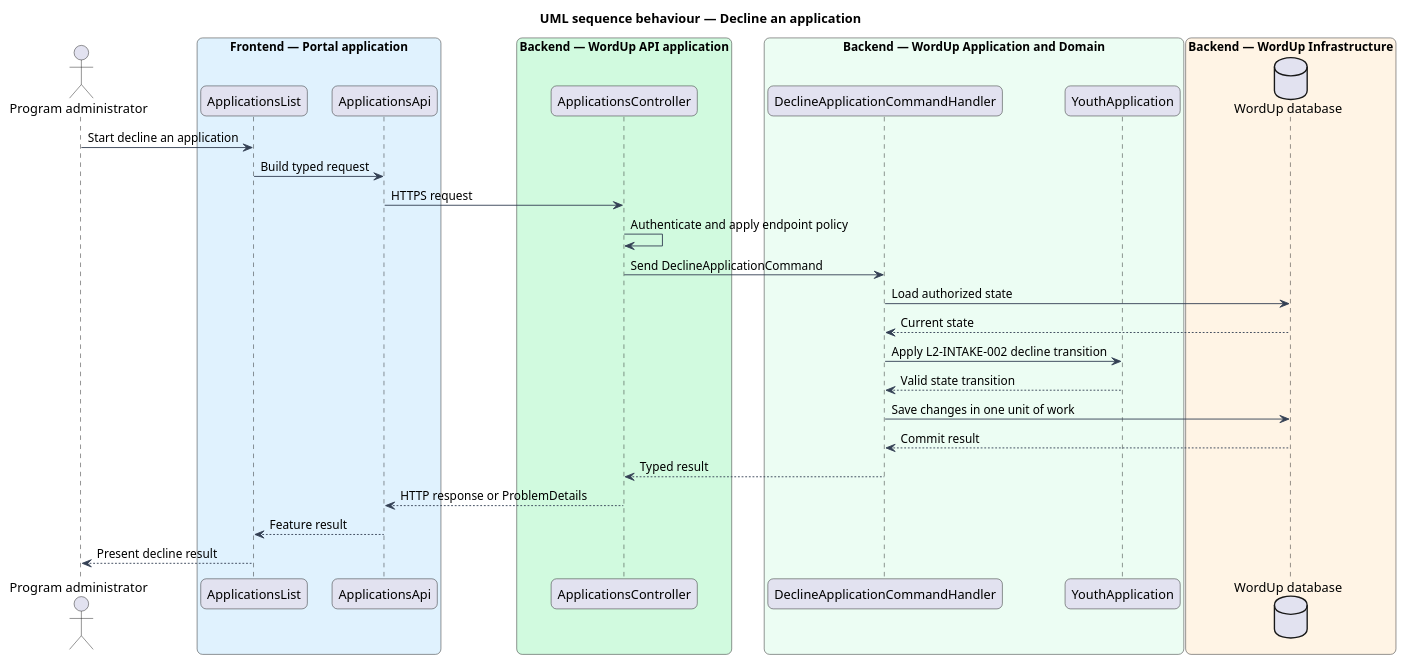
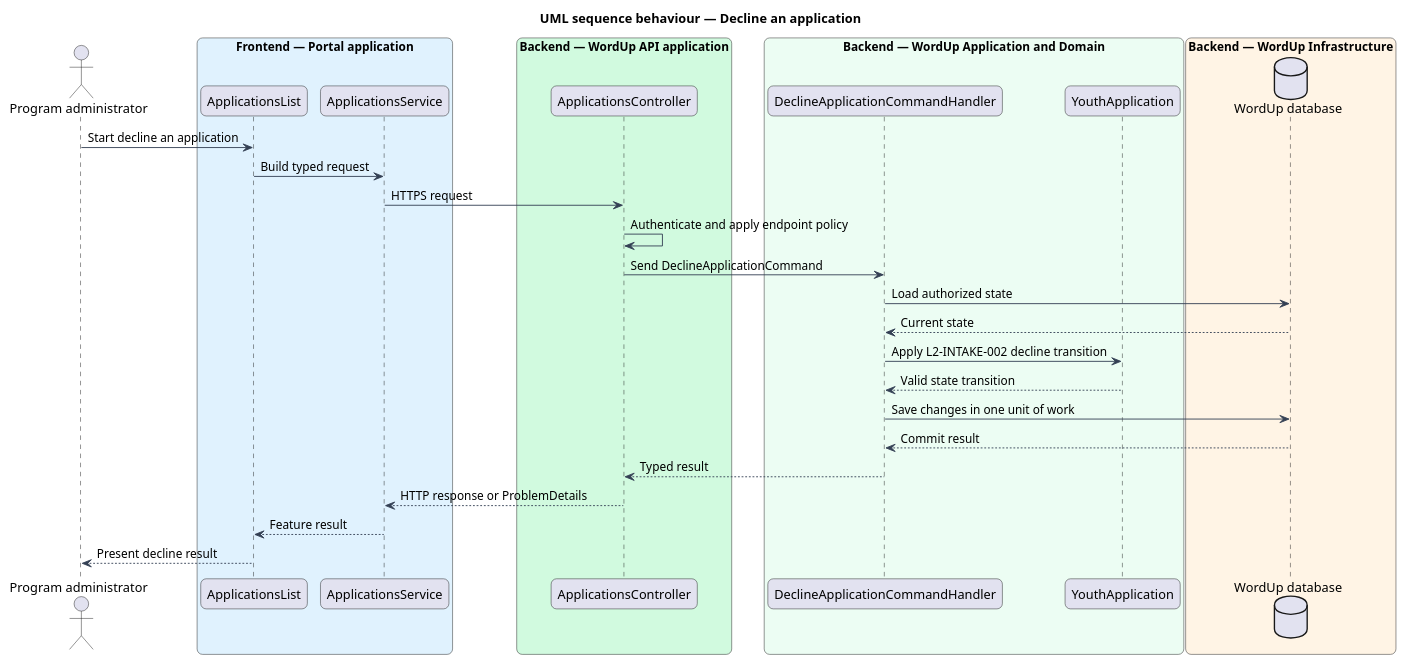
The fifth of 5 diagrams in .agents/skills/writing-software-design-documents/references/diagrams.md (QuinntyneBrown/waypoint), drawn with PlantUML before and after one commit. The commit also changed 679 other files, not shown here.

First line of the commit message:
Rename frontend API services from *Api to *Service

````diff
--- a/.agents/skills/writing-software-design-documents/references/diagrams.md
+++ b/.agents/skills/writing-software-design-documents/references/diagrams.md
@@ -214,49 +214,49 @@
 ```plantuml
 @startuml
 title UML sequence behaviour — Decline an application
 skinparam backgroundColor #FFFFFF
 skinparam shadowing false
 skinparam roundcorner 12
 skinparam defaultFontName Arial
 skinparam ArrowColor #344054
 skinparam rectangle {
   BorderColor #344054
   FontColor #101828
 }
 skinparam package {
   BorderColor #667085
   FontColor #101828
   BackgroundColor #F9FAFB
 }
 actor "Program administrator" as actor
 box "Frontend — Portal application" #E0F2FE
   participant "ApplicationsList" as page
-  participant "ApplicationsApi" as client
+  participant "ApplicationsService" as client
 end box
 box "Backend — WordUp API application" #D1FADF
   participant "ApplicationsController" as controller
 end box
 box "Backend — WordUp Application and Domain" #ECFDF3
   participant "DeclineApplicationCommandHandler" as handler
   participant "YouthApplication" as entity
 end box
 box "Backend — WordUp Infrastructure" #FFF4E5
   database "WordUp database" as db
 end box
 actor -> page : Start decline an application
 page -> client : Build typed request
 client -> controller : HTTPS request
 controller -> controller : Authenticate and apply endpoint policy
 controller -> handler : Send DeclineApplicationCommand
 handler -> db : Load authorized state
 db --> handler : Current state
 handler -> entity : Apply L2-INTAKE-002 decline transition
 entity --> handler : Valid state transition
 handler -> db : Save changes in one unit of work
 db --> handler : Commit result
 handler --> controller : Typed result
 controller --> client : HTTP response or ProblemDetails
 client --> page : Feature result
 page --> actor : Present decline result
 @enduml
 ```
````
